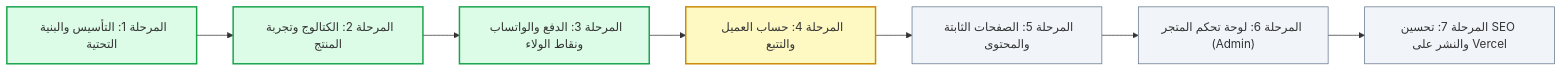
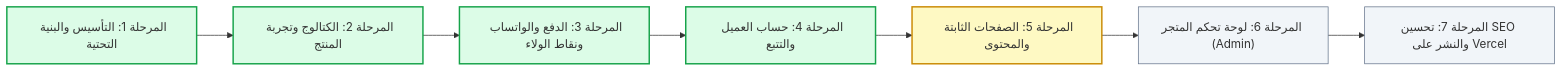
The diagram in docs/ROADMAP.md (SiRacem/VAYRO-STORE), drawn with Mermaid before and after one commit. The commit also changed other lines of this file, not shown here.

Commit message:
docs: mark phase 4 complete in roadmap

````diff
--- a/docs/ROADMAP.md
+++ b/docs/ROADMAP.md
@@ -11,17 +11,17 @@
 ```mermaid
 flowchart LR
     P1["المرحلة 1: التأسيس والبنية التحتية"] --> P2["المرحلة 2: الكتالوج وتجربة المنتج"]
     P2 --> P3["المرحلة 3: الدفع والواتساب ونقاط الولاء"]
     P3 --> P4["المرحلة 4: حساب العميل والتتبع"]
     P4 --> P5["المرحلة 5: الصفحات الثابتة والمحتوى"]
     P5 --> P6["المرحلة 6: لوحة تحكم المتجر (Admin)"]
     P6 --> P7["المرحلة 7: تحسين SEO والنشر على Vercel"]
     
     style P1 fill:#dcfce7,stroke:#16a34a,stroke-width:2px
     style P2 fill:#dcfce7,stroke:#16a34a,stroke-width:2px
     style P3 fill:#dcfce7,stroke:#16a34a,stroke-width:2px
-    style P4 fill:#fef9c3,stroke:#ca8a04,stroke-width:2px
-    style P5 fill:#f1f5f9,stroke:#64748b,stroke-width:1px
+    style P4 fill:#dcfce7,stroke:#16a34a,stroke-width:2px
+    style P5 fill:#fef9c3,stroke:#ca8a04,stroke-width:2px
     style P6 fill:#f1f5f9,stroke:#64748b,stroke-width:1px
     style P7 fill:#f1f5f9,stroke:#64748b,stroke-width:1px
 ```
````
